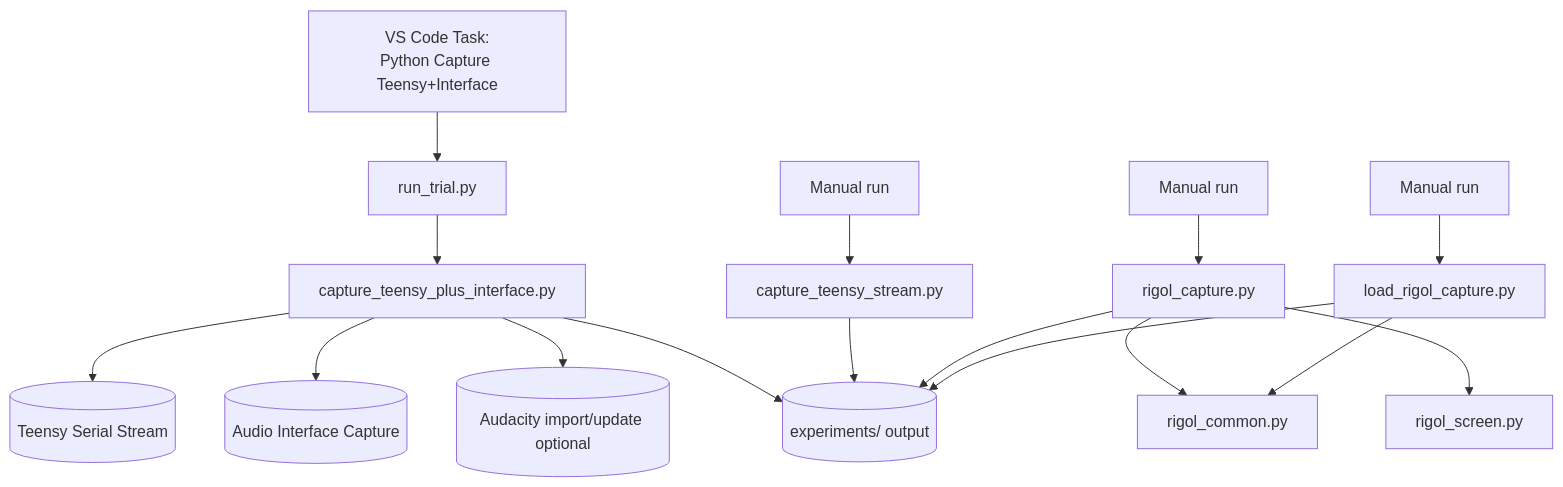
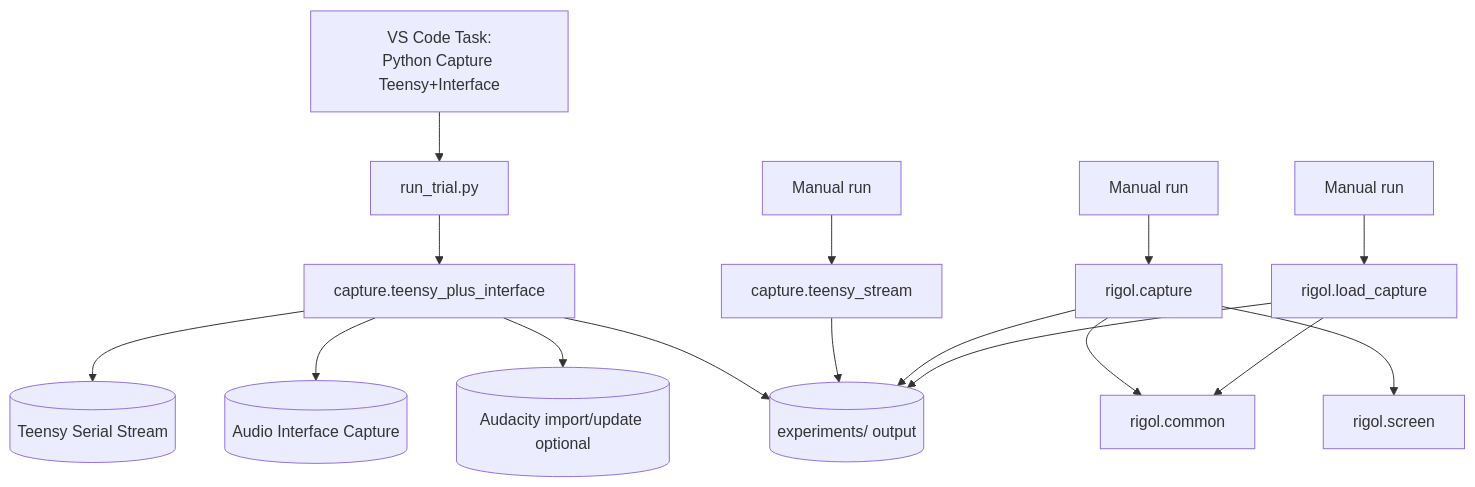
One commit to aschmidt99/LTDM_Kit_RevC changed the diagram in Code/Python/PYTHON_README.md. Above: the diagram before and after it, drawn with Mermaid. The commit also changed other lines of this file and 18 other files, not shown here.

````diff
--- a/Code/Python/PYTHON_README.md
+++ b/Code/Python/PYTHON_README.md
@@ -60,21 +92,21 @@
 ```mermaid
 flowchart TD
   T[VS Code Task:\nPython Capture Teensy+Interface] --> P[run_trial.py]
-  P --> CPI[capture_teensy_plus_interface.py]
+  P --> CPI[capture.teensy_plus_interface]
   CPI --> TS[(Teensy Serial Stream)]
   CPI --> IF[(Audio Interface Capture)]
   CPI --> AU[(Audacity import/update optional)]
   CPI --> EXP[(experiments/ output)]
 
-  U1[Manual run] --> CTS[capture_teensy_stream.py]
+  U1[Manual run] --> CTS[capture.teensy_stream]
   CTS --> EXP
 
-  U2[Manual run] --> RIG[rigol_capture.py]
-  RIG --> RC[rigol_common.py]
-  RIG --> RS[rigol_screen.py]
+  U2[Manual run] --> RIG[rigol.capture]
+  RIG --> RC[rigol.common]
+  RIG --> RS[rigol.screen]
   RIG --> EXP
 
-  U3[Manual run] --> LRC[load_rigol_capture.py]
+  U3[Manual run] --> LRC[rigol.load_capture]
   LRC --> RC
   LRC --> EXP
 ```
````
